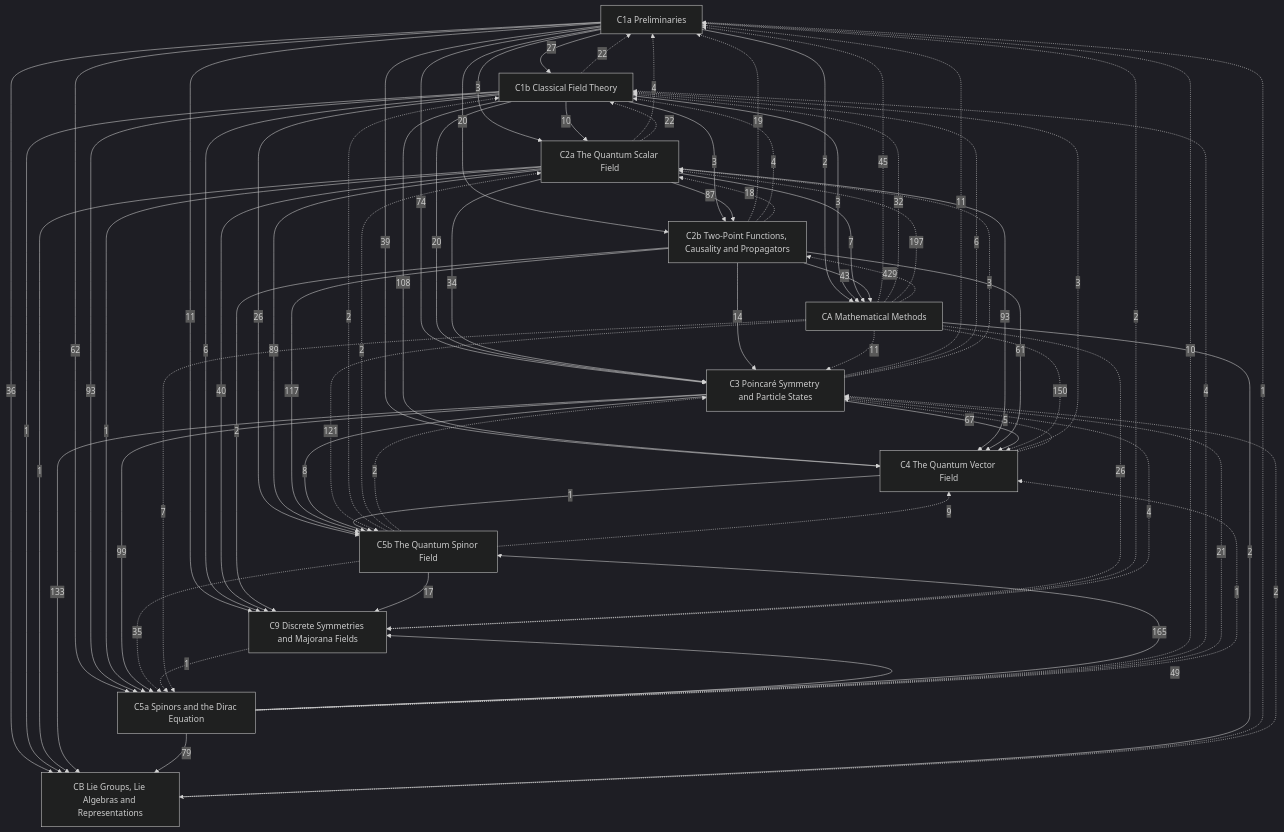
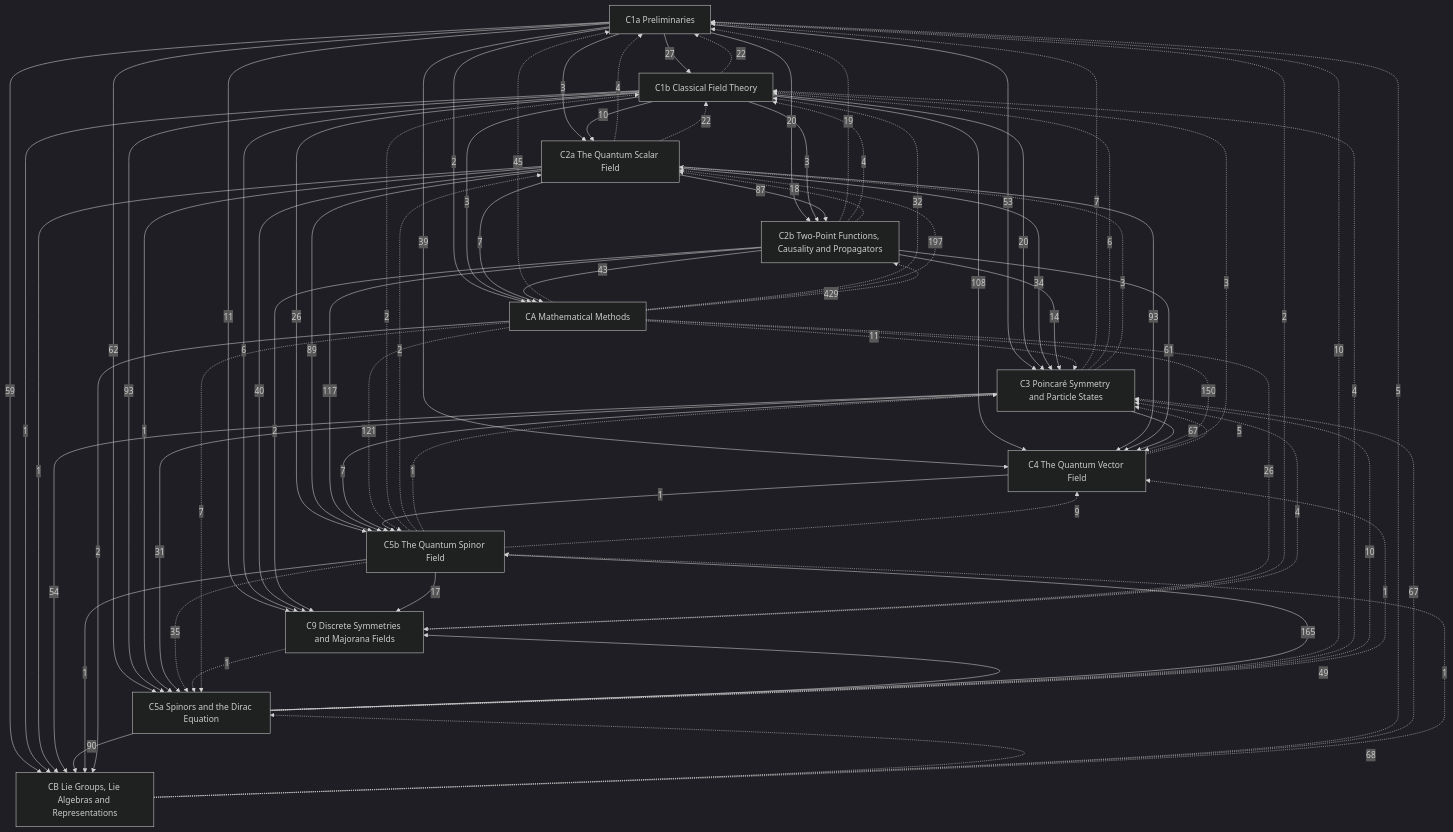
The diagram in Physics/Quantum Field Theory/Quantum Field Theory.md (Onion20040508/notes), drawn with Mermaid (dark theme) before and after one commit. The commit also changed other lines of this file and 108 other files, not shown here.

````diff
--- a/Physics/Quantum Field Theory/Quantum Field Theory.md
+++ b/Physics/Quantum Field Theory/Quantum Field Theory.md
@@ -46,7 +46,7 @@
   C1a -->|20| C2b
   C1b -->|3| C2b
   C2a -->|87| C2b
-  C1a -->|74| C3
+  C1a -->|53| C3
   C1b -->|20| C3
   C2a -->|34| C3
   C2b -->|14| C3
@@ -58,11 +58,11 @@
   C1a -->|62| C5a
   C1b -->|93| C5a
   C2a -->|1| C5a
-  C3 -->|99| C5a
+  C3 -->|31| C5a
   C1b -->|26| C5b
   C2a -->|89| C5b
   C2b -->|117| C5b
-  C3 -->|8| C5b
+  C3 -->|7| C5b
   C4 -->|1| C5b
   C5a -->|165| C5b
   C1a -->|11| C9
@@ -75,20 +75,21 @@
   C1b -->|3| CA
   C2a -->|7| CA
   C2b -->|43| CA
-  C1a -->|36| CB
+  C1a -->|59| CB
   C1b -->|1| CB
   C2a -->|1| CB
-  C3 -->|133| CB
-  C5a -->|79| CB
+  C3 -->|54| CB
+  C5a -->|90| CB
+  C5b -->|1| CB
   CA -->|2| CB
   C1b -.->|22| C1a
   C2a -.->|4| C1a
   C2b -.->|19| C1a
-  C3 -.->|11| C1a
+  C3 -.->|7| C1a
   C5a -.->|10| C1a
   C9 -.->|2| C1a
   CA -.->|45| C1a
-  CB -.->|1| C1a
+  CB -.->|5| C1a
   C2a -.->|22| C1b
   C2b -.->|4| C1b
   C3 -.->|6| C1b
@@ -102,17 +103,19 @@
   CA -.->|197| C2a
   CA -.->|429| C2b
   C4 -.->|5| C3
-  C5a -.->|21| C3
-  C5b -.->|2| C3
+  C5a -.->|10| C3
+  C5b -.->|1| C3
   C9 -.->|4| C3
   CA -.->|11| C3
-  CB -.->|2| C3
+  CB -.->|67| C3
   C5a -.->|1| C4
   C5b -.->|9| C4
   CA -.->|150| C4
   C5b -.->|35| C5a
   C9 -.->|1| C5a
   CA -.->|7| C5a
+  CB -.->|68| C5a
   CA -.->|121| C5b
+  CB -.->|1| C5b
   CA -.->|26| C9
 ```
````
